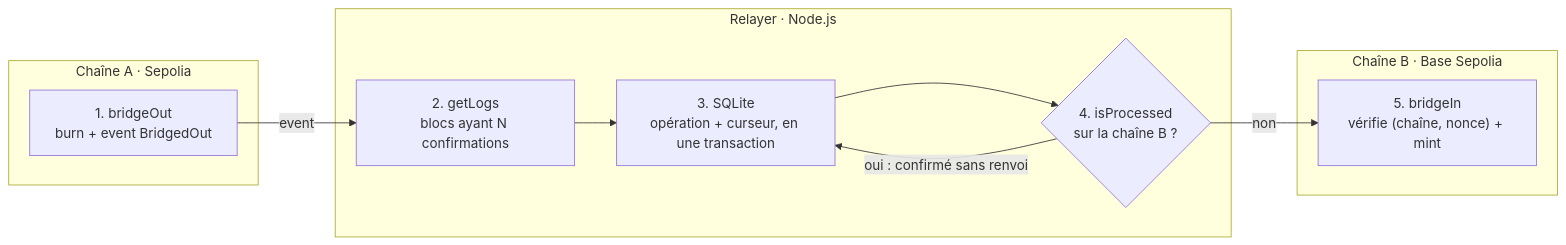
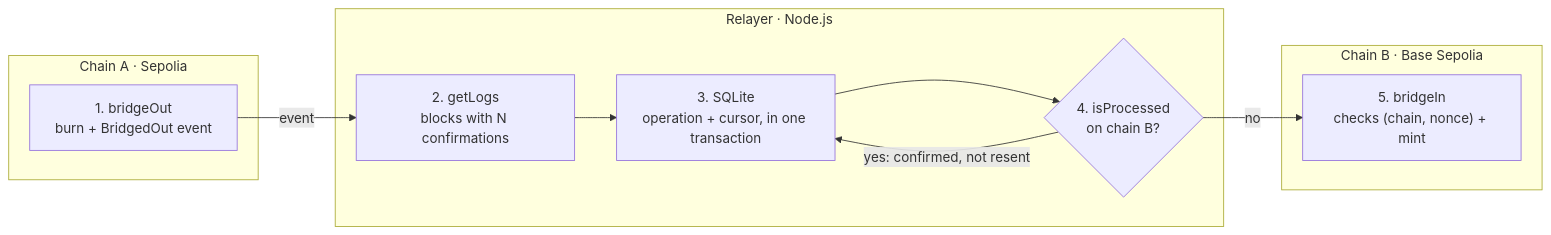
One commit to RayaneChCh-dev/mini-bridge-evm changed the diagram in README.md. Above: the diagram before and after it, drawn with Mermaid. The commit also changed other lines of this file and 14 other files, not shown here.

````diff
--- a/README.md
+++ b/README.md
@@ -37,17 +37,17 @@
 ```mermaid
 flowchart LR
-  subgraph A["Chaîne A · Sepolia"]
-    A1["1. bridgeOut<br/>burn + event BridgedOut"]
+  subgraph A["Chain A · Sepolia"]
+    A1["1. bridgeOut<br/>burn + BridgedOut event"]
   end
   subgraph R["Relayer · Node.js"]
-    R1["2. getLogs<br/>blocs ayant N confirmations"]
-    R2["3. SQLite<br/>opération + curseur, en une transaction"]
-    R3{"4. isProcessed<br/>sur la chaîne B ?"}
+    R1["2. getLogs<br/>blocks with N confirmations"]
+    R2["3. SQLite<br/>operation + cursor, in one transaction"]
+    R3{"4. isProcessed<br/>on chain B?"}
   end
-  subgraph B["Chaîne B · Base Sepolia"]
-    B1["5. bridgeIn<br/>vérifie (chaîne, nonce) + mint"]
+  subgraph B["Chain B · Base Sepolia"]
+    B1["5. bridgeIn<br/>checks (chain, nonce) + mint"]
   end
   A1 -- event --> R1 --> R2 --> R3
-  R3 -- non --> B1
-  R3 -- "oui : confirmé sans renvoi" --> R2
+  R3 -- no --> B1
+  R3 -- "yes: confirmed, not resent" --> R2
 ```
````
